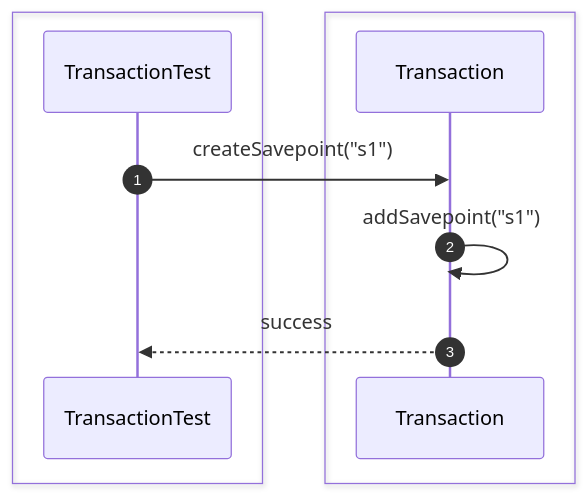
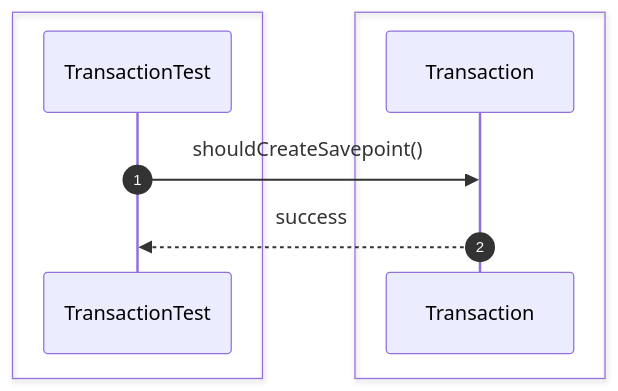
Diagram 16 of 54 in src/sequence/transaction.md (Huy1801214/dbms-architecture), drawn with Mermaid before and after one commit. The commit also changed other lines of this file and 68 other files, not shown here.

Commit message:
implement comprehensive unit test suite and architectural sequence documentation

````diff
--- a/src/sequence/transaction.md
+++ b/src/sequence/transaction.md
@@ -271,15 +233,13 @@
 ```mermaid
 sequenceDiagram
     autonumber
-
     box #e1f5fe Test Suite
     participant Test as TransactionTest
     end
-    box #ffebee Transaction Components
-    participant Tx as Transaction
+    box #ffebee Transaction Component
+    participant T as Transaction
     end
 
-    Test->>Tx: createSavepoint("s1")
-    Tx->>Tx: addSavepoint("s1")
-    Tx-->>Test: success
+    Test->>T: shouldCreateSavepoint()
+    T-->>Test: success
 ```
````
